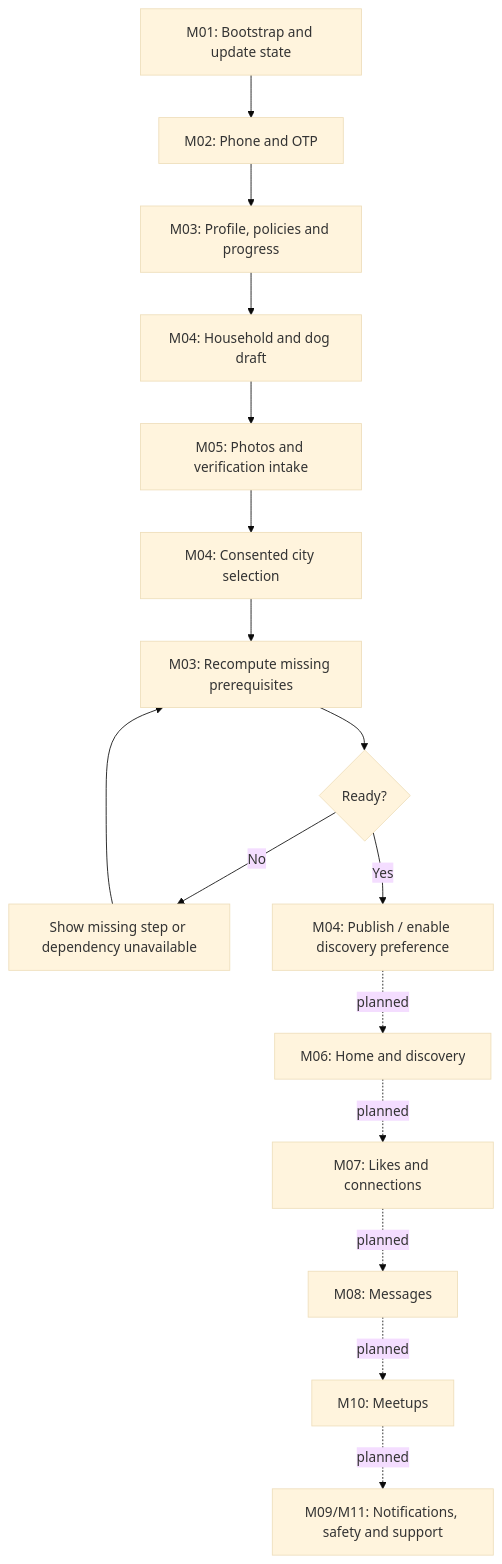
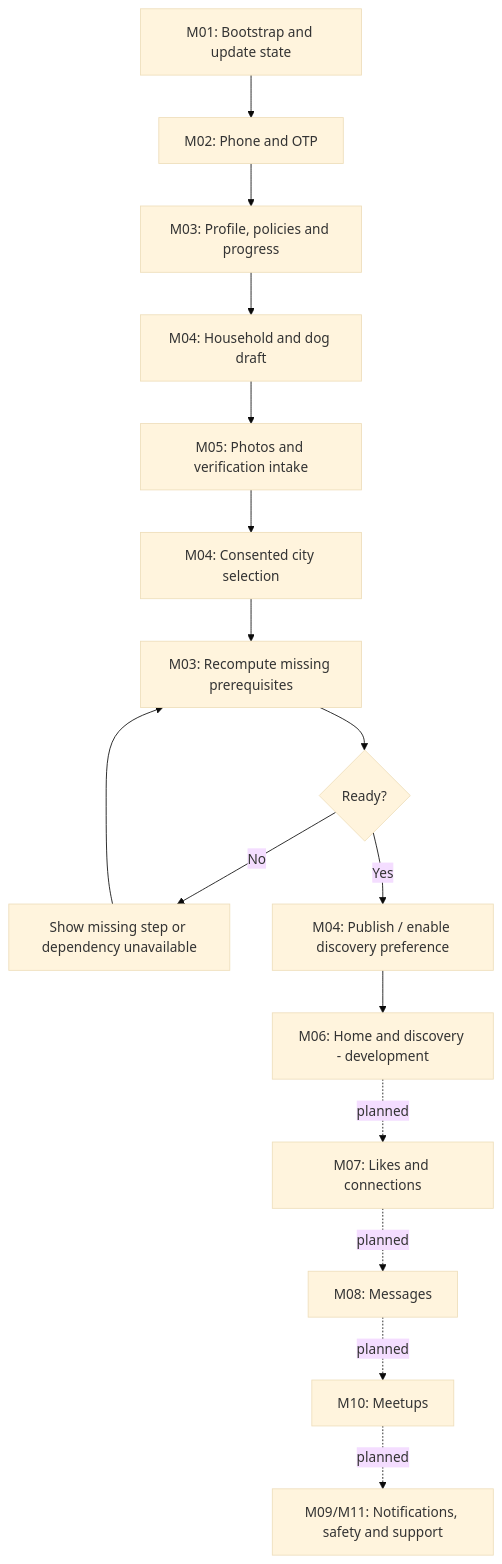
Before and after one commit to thams-geth/dogdating-api: the diagram in docs/handovers/README.md, drawn with Mermaid (base theme). The commit also changed other lines of this file and 29 other files, not shown here.

````diff
--- a/docs/handovers/README.md
+++ b/docs/handovers/README.md
@@ -26,18 +26,18 @@
 ```mermaid
 flowchart TD
   A["M01: Bootstrap and update state"] --> B["M02: Phone and OTP"]
   B --> C["M03: Profile, policies and progress"]
   C --> D["M04: Household and dog draft"]
   D --> E["M05: Photos and verification intake"]
   E --> F["M04: Consented city selection"]
   F --> G["M03: Recompute missing prerequisites"]
   G --> H{"Ready?"}
   H -->|No| I["Show missing step or dependency unavailable"]
   I --> G
   H -->|Yes| J["M04: Publish / enable discovery preference"]
-  J -. planned .-> K["M06: Home and discovery"]
+  J --> K["M06: Home and discovery - development"]
   K -. planned .-> L["M07: Likes and connections"]
   L -. planned .-> M["M08: Messages"]
   M -. planned .-> N["M10: Meetups"]
   N -. planned .-> O["M09/M11: Notifications, safety and support"]
 ```
````
